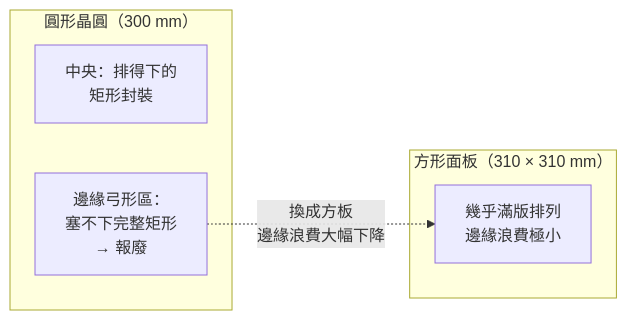
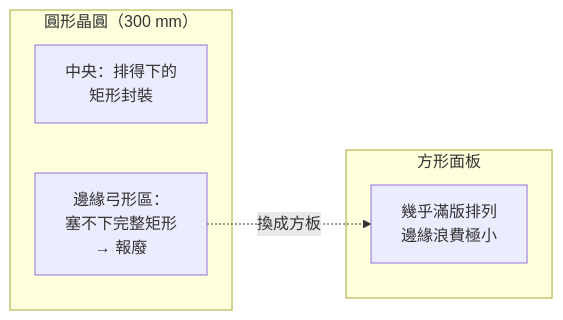
The diagram in docs/copos/06-panel-geometry.md (wizardhsiehcom/book), drawn with Mermaid before and after one commit. The commit also changed other lines of this file and 33 other files, not shown here.

````diff
--- a/docs/copos/06-panel-geometry.md
+++ b/docs/copos/06-panel-geometry.md
@@ -11,11 +13,11 @@
 ```mermaid
 flowchart LR
     subgraph "圓形晶圓（300 mm）"
         R1["中央：排得下的<br/>矩形封裝"]
         R2["邊緣弓形區：<br/>塞不下完整矩形<br/>→ 報廢"]
     end
-    subgraph "方形面板（310 × 310 mm）"
+    subgraph "方形面板"
         P1["幾乎滿版排列<br/>邊緣浪費極小"]
     end
-    R2 -. "換成方板<br/>邊緣浪費大幅下降" .-> P1
+    R2 -. "換成方板" .-> P1
 ```
````
